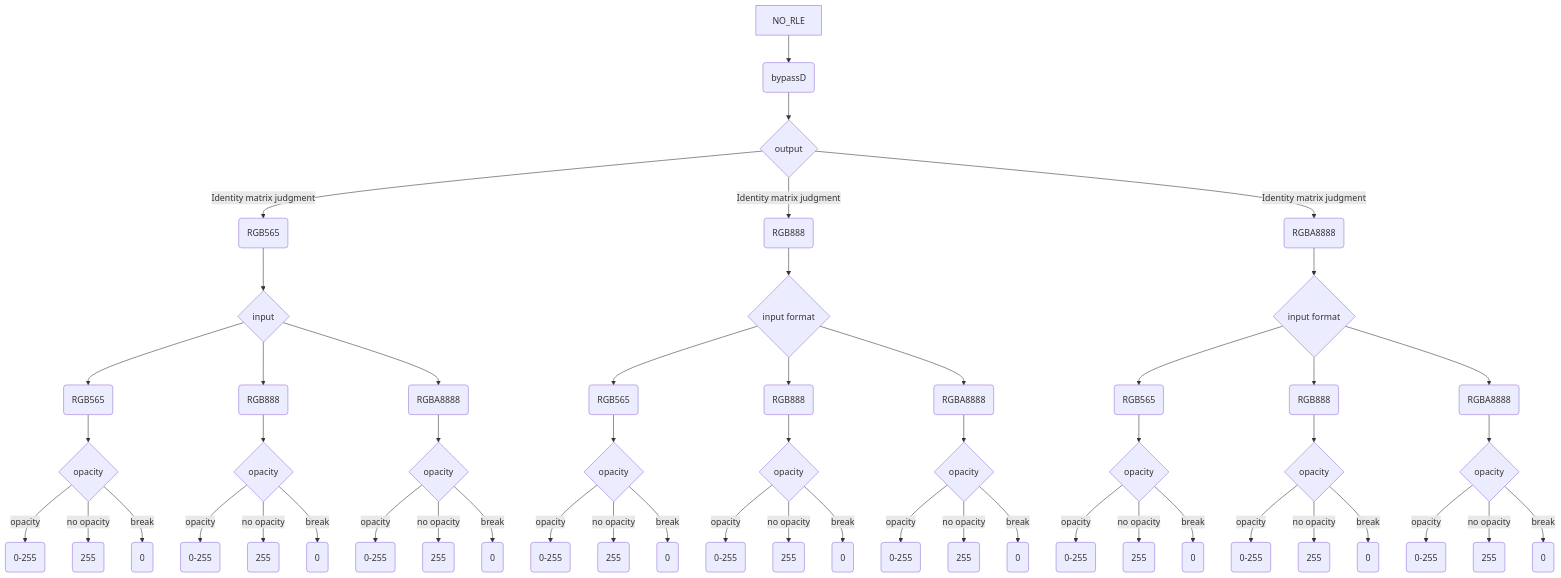
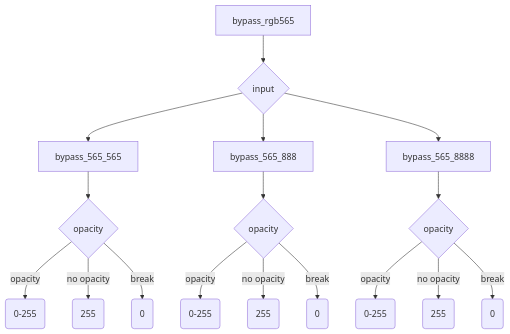
The third of 17 diagrams in doc/source/Design/index.md (realmcu/HoneyGUI), drawn with Mermaid before and after one commit. The commit also changed other lines of this file, not shown here.

````diff
--- a/doc/source/Design/index.md
+++ b/doc/source/Design/index.md
@@ -16,63 +32,19 @@
 ```{mermaid}
 graph TD
-NO_RLE --> | | NO_BYPASS(bypassD)
-NO_BYPASS --> b{output}
-b --> |Identity matrix judgment| J(RGB565)
-J --> e{input}
-e --> | |ea(RGB565)
-ea --> no_bypass_opacity_case565{opacity}
+bypass_rgb565 --> bypass_565{input}
+bypass_565 --> | |bypass_565_565
+bypass_565_565 --> no_bypass_opacity_case565{opacity}
 no_bypass_opacity_case565 --> |opacity|no_bypass_opacity_value0_255(0-255)
 no_bypass_opacity_case565 --> |no opacity|no_bypass_opacity_value255(255)
 no_bypass_opacity_case565 --> |break|no_bypass_opacity_value0(0)
-
-e --> | |eb(RGB888)
-eb --> no_bypass_opacity_case888{opacity}
+bypass_565 --> | |bypass_565_888
+bypass_565_888--> no_bypass_opacity_case888{opacity}
 no_bypass_opacity_case888 --> |opacity|no_bypass_opacity_value888_0_255(0-255)
 no_bypass_opacity_case888 --> |no opacity|no_bypass_opacity_value888_255(255)
 no_bypass_opacity_case888 --> |break|no_bypass_opacity_value888_0(0)
-e --> | |ec(RGBA8888)
-ec --> no_bypass_opacity_case8888{opacity}
+bypass_565 --> | |bypass_565_8888
+bypass_565_8888 --> no_bypass_opacity_case8888{opacity}
 no_bypass_opacity_case8888 --> |opacity|no_bypass_opacity_value8888_0_255(0-255)
 no_bypass_opacity_case8888 --> |no opacity|no_bypass_opacity_value8888_255(255)
 no_bypass_opacity_case8888 --> |break|no_bypass_opacity_value8888_0(0)
-
-b --> |Identity matrix judgment| K(RGB888)
-K --> f{input format}
-f --> fa(RGB565)
-fa--> no_bypass_opacity_case888_565{opacity}
-no_bypass_opacity_case888_565 --> |opacity|no_bypass_opacity_value888_565_a0_255(0-255)
-no_bypass_opacity_case888_565 --> |no opacity|no_bypass_opacity_value888_888_a255(255)
-no_bypass_opacity_case888_565 --> |break|no_bypass_opacity_value888_8888_a0(0)
-
-f --> fb(RGB888)
-fb--> no_bypass_opacity_case888_888{opacity}
-no_bypass_opacity_case888_888 --> |opacity|no_bypass_opacity_value888_888_b0_255(0-255)
-no_bypass_opacity_case888_888 --> |no opacity|no_bypass_opacity_value888_888_b255(255)
-no_bypass_opacity_case888_888 --> |break|no_bypass_opacity_value888_8888_b0(0)
-
-f --> fc(RGBA8888)
-fc--> no_bypass_opacity_case888_8888{opacity}
-no_bypass_opacity_case888_8888 --> |opacity|no_bypass_opacity_value888_8888_c0_255(0-255)
-no_bypass_opacity_case888_8888 --> |no opacity|no_bypass_opacity_value888_8888_c255(255)
-no_bypass_opacity_case888_8888 --> |break|no_bypass_opacity_value888_8888_c0(0)
-
-b --> |Identity matrix judgment| L(RGBA8888)
-L --> g{input format}
-g --> ga(RGB565)
-ga --> no_bypass_opacity_case8888_565{opacity}
-no_bypass_opacity_case8888_565 --> |opacity|no_bypass_opacity_value8888_8888_a0_255(0-255)
-no_bypass_opacity_case8888_565 --> |no opacity|no_bypass_opacity_value8888_8888_a255(255)
-no_bypass_opacity_case8888_565 --> |break|no_bypass_opacity_value8888_8888_a0(0)
-
-g --> gb(RGB888)
-gb --> no_bypass_opacity_case8888_888{opacity}
-no_bypass_opacity_case8888_888 --> |opacity|no_bypass_opacity_value8888_8888_b0_255(0-255)
-no_bypass_opacity_case8888_888--> |no opacity|no_bypass_opacity_value8888_8888_b255(255)
-no_bypass_opacity_case8888_888 --> |break|no_bypass_opacity_value8888_8888_b0(0)
-
-g --> gc(RGBA8888)
-gc --> no_bypass_opacity_case8888_8888{opacity}
-no_bypass_opacity_case8888_8888 --> |opacity|no_bypass_opacity_value8888_8888_c0_255(0-255)
-no_bypass_opacity_case8888_8888--> |no opacity|no_bypass_opacity_value8888_8888_c255(255)
-no_bypass_opacity_case8888_8888 --> |break|no_bypass_opacity_value8888_8888_c0(0)
 ```
````
